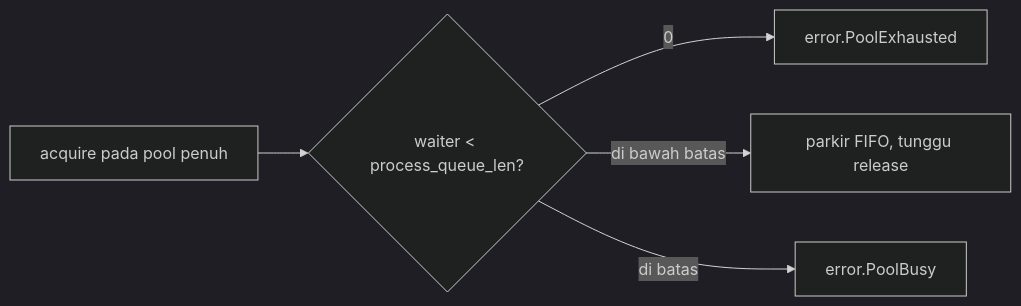
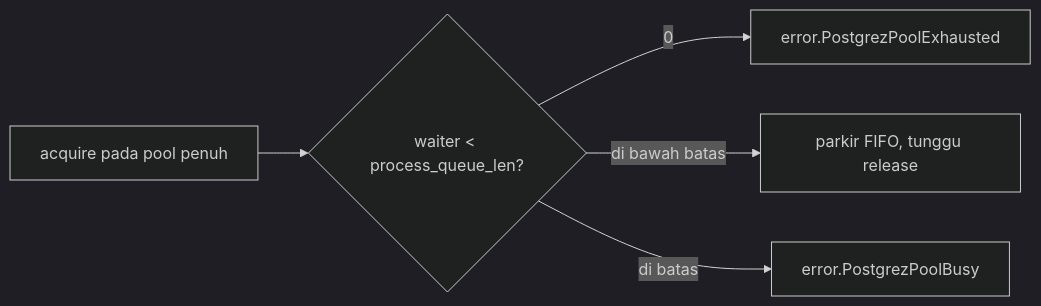
Before and after one commit to prothegee/zix: the diagram in docs/driver/postgrez/config-id.md, drawn with Mermaid (dark theme). The commit also changed other lines of this file and 410 other files, not shown here.

````diff
--- a/docs/driver/postgrez/config-id.md
+++ b/docs/driver/postgrez/config-id.md
@@ -80,7 +80,7 @@
 ```mermaid
 flowchart LR
     acq[acquire pada pool penuh] --> q{waiter < process_queue_len?}
-    q -->|0| shed0[error.PoolExhausted]
+    q -->|0| shed0[error.PostgrezPoolExhausted]
     q -->|di bawah batas| park[parkir FIFO, tunggu release]
-    q -->|di batas| shed1[error.PoolBusy]
+    q -->|di batas| shed1[error.PostgrezPoolBusy]
 ```
````
